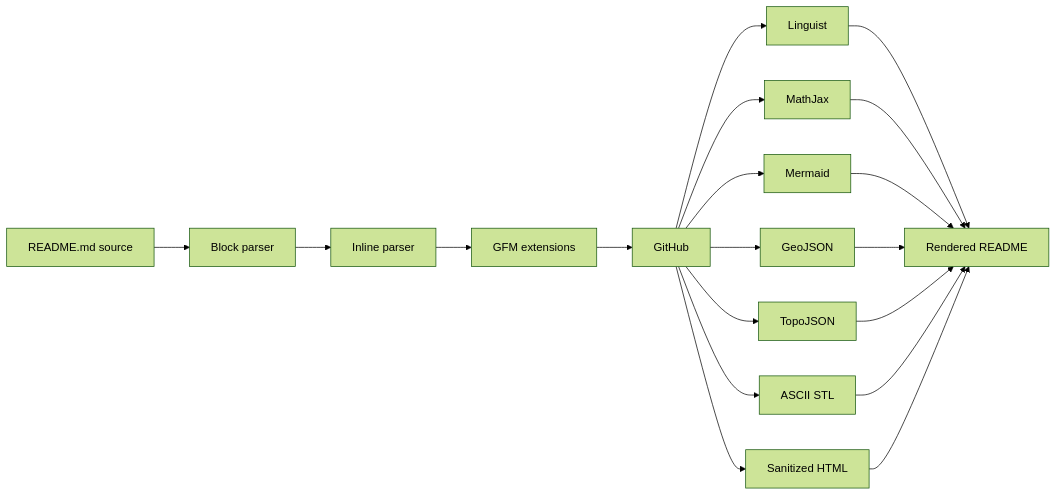
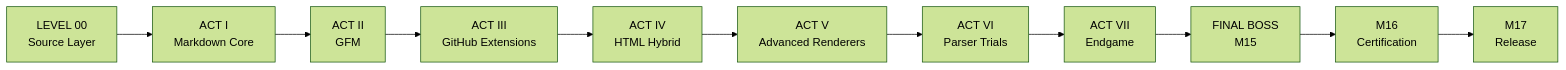
Before and after one commit to thiepn/markdown: the first of 5 diagrams in README.md, drawn with Mermaid (forest theme). The commit also changed other lines of this file, not shown here.

````diff
--- a/README.md
+++ b/README.md
@@ -75,21 +119,13 @@
 ```mermaid
 flowchart LR
-    SRC[README.md source] --> BLOCK[Block parser]
-    BLOCK --> INLINE[Inline parser]
-    INLINE --> GFM[GFM extensions]
-    GFM --> GH[GitHub]
-    GH --> L[Linguist]
-    GH --> MJ[MathJax]
-    GH --> MM[Mermaid]
-    GH --> GJ[GeoJSON]
-    GH --> TJ[TopoJSON]
-    GH --> STL[ASCII STL]
-    GH --> HTML[Sanitized HTML]
-    L --> OUT[Rendered README]
-    MJ --> OUT
-    MM --> OUT
-    GJ --> OUT
-    TJ --> OUT
-    STL --> OUT
-    HTML --> OUT
+    S[LEVEL 00<br/>Source Layer] --> A1[ACT I<br/>Markdown Core]
+    A1 --> A2[ACT II<br/>GFM]
+    A2 --> A3[ACT III<br/>GitHub Extensions]
+    A3 --> A4[ACT IV<br/>HTML Hybrid]
+    A4 --> A5[ACT V<br/>Advanced Renderers]
+    A5 --> A6[ACT VI<br/>Parser Trials]
+    A6 --> A7[ACT VII<br/>Endgame]
+    A7 --> B[FINAL BOSS<br/>M15]
+    B --> C[M16<br/>Certification]
+    C --> R[M17<br/>Release]
 ```
````
